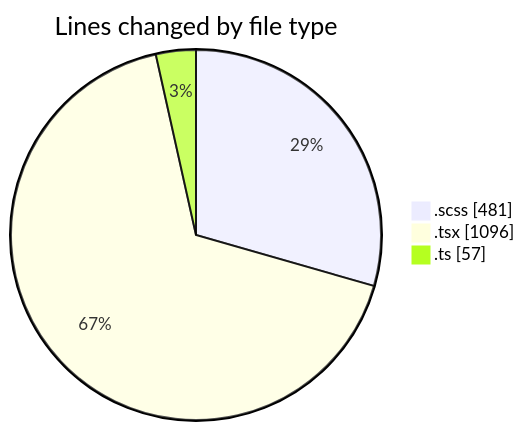
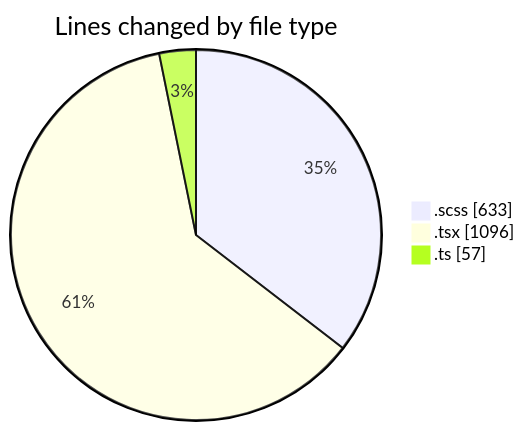
The first of 2 diagrams in 2025-03-28/cda/README.md (momahboobian/code-tracking), drawn with Mermaid before and after one commit. The commit also changed other lines of this file and 1 other file, not shown here.

````diff
--- a/2025-03-28/cda/README.md
+++ b/2025-03-28/cda/README.md
@@ -24,7 +25,7 @@
 ```mermaid
 pie showData
 title Lines changed by file type
-".scss" : 481
+".scss" : 633
 ".tsx" : 1096
 ".ts" : 57
 ```
````
